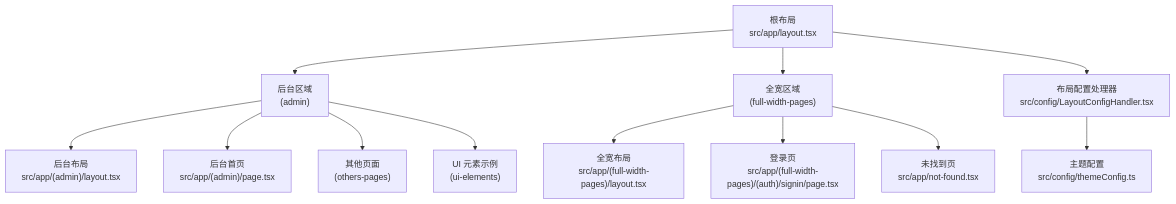
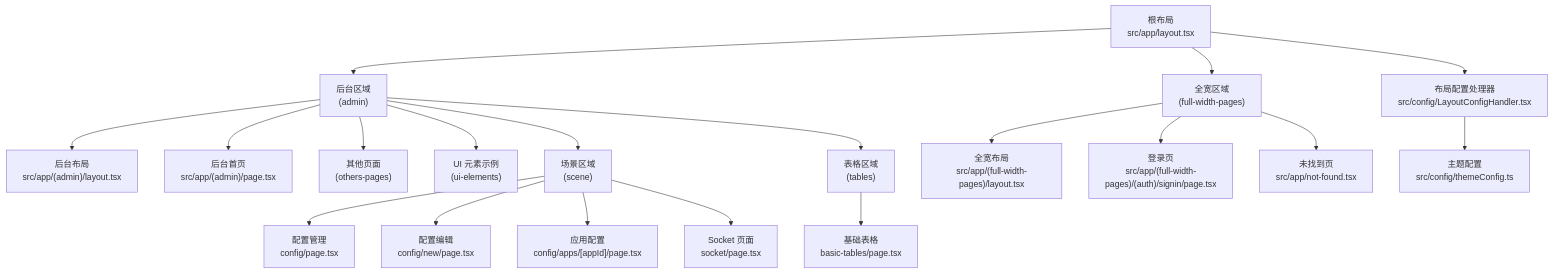
Before and after one commit to HAOFUYANG/nextjs-admin: the first of 7 diagrams in .qoder/repowiki/zh/content/架构设计/路由架构.md, drawn with Mermaid. The commit also changed other lines of this file and 4 other files, not shown here.

````diff
--- a/.qoder/repowiki/zh/content/架构设计/路由架构.md
+++ b/.qoder/repowiki/zh/content/架构设计/路由架构.md
@@ -51,14 +66,21 @@
 ```mermaid
 graph TB
 root_layout["根布局<br/>src/app/layout.tsx"] --> admin_group["后台区域<br/>(admin)"]
 root_layout --> full_width_group["全宽区域<br/>(full-width-pages)"]
 admin_group --> admin_layout["后台布局<br/>src/app/(admin)/layout.tsx"]
 admin_group --> admin_home["后台首页<br/>src/app/(admin)/page.tsx"]
 admin_group --> others_pages["其他页面<br/>(others-pages)"]
 admin_group --> ui_elements["UI 元素示例<br/>(ui-elements)"]
+admin_group --> scene_area["场景区域<br/>(scene)"]
+scene_area --> config_page["配置管理<br/>config/page.tsx"]
+scene_area --> config_new["配置编辑<br/>config/new/page.tsx"]
+scene_area --> config_apps["应用配置<br/>config/apps/[appId]/page.tsx"]
+scene_area --> socket_page["Socket 页面<br/>socket/page.tsx"]
+admin_group --> tables_area["表格区域<br/>(tables)"]
+tables_area --> basic_tables["基础表格<br/>basic-tables/page.tsx"]
 full_width_group --> fw_layout["全宽布局<br/>src/app/(full-width-pages)/layout.tsx"]
 full_width_group --> auth_signin["登录页<br/>src/app/(full-width-pages)/(auth)/signin/page.tsx"]
 full_width_group --> not_found["未找到页<br/>src/app/not-found.tsx"]
 root_layout --> cfg_handler["布局配置处理器<br/>src/config/LayoutConfigHandler.tsx"]
 cfg_handler --> theme_cfg["主题配置<br/>src/config/themeConfig.ts"]
 ```
````
